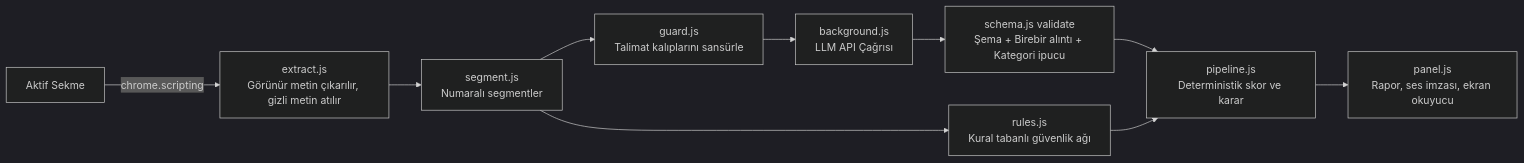
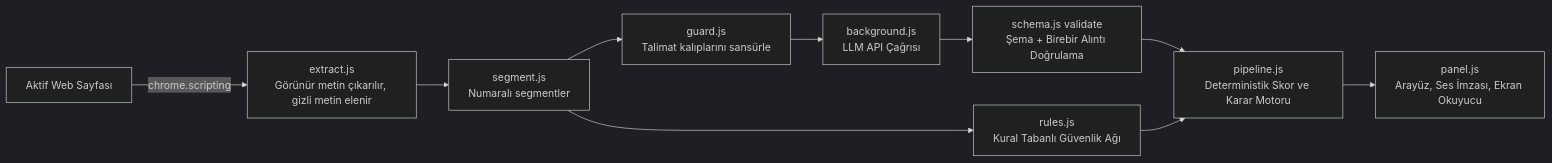
Before and after one commit to Arda-ERDEM/llm-EVAL: the diagram in README.md, drawn with Mermaid (dark theme). The commit also changed other lines of this file and 4 other files, not shown here.

````diff
--- a/README.md
+++ b/README.md
@@ -21,12 +25,12 @@
 ```mermaid
 flowchart LR
-  A[Aktif Sekme] -->|chrome.scripting| B[extract.js<br/>Görünür metin çıkarılır, gizli metin atılır]
+  A[Aktif Web Sayfası] -->|chrome.scripting| B[extract.js<br/>Görünür metin çıkarılır, gizli metin elenir]
   B --> C[segment.js<br/>Numaralı segmentler]
   C --> D[guard.js<br/>Talimat kalıplarını sansürle]
   D --> E[background.js<br/>LLM API Çağrısı]
-  E --> F[schema.js validate<br/>Şema + Birebir alıntı + Kategori ipucu]
-  C --> G[rules.js<br/>Kural tabanlı güvenlik ağı]
-  F --> H[pipeline.js<br/>Deterministik skor ve karar]
+  E --> F[schema.js validate<br/>Şema + Birebir Alıntı Doğrulama]
+  C --> G[rules.js<br/>Kural Tabanlı Güvenlik Ağı]
+  F --> H[pipeline.js<br/>Deterministik Skor ve Karar Motoru]
   G --> H
-  H --> I[panel.js<br/>Rapor, ses imzası, ekran okuyucu]
+  H --> I[panel.js<br/>Arayüz, Ses İmzası, Ekran Okuyucu]
 ```
````
